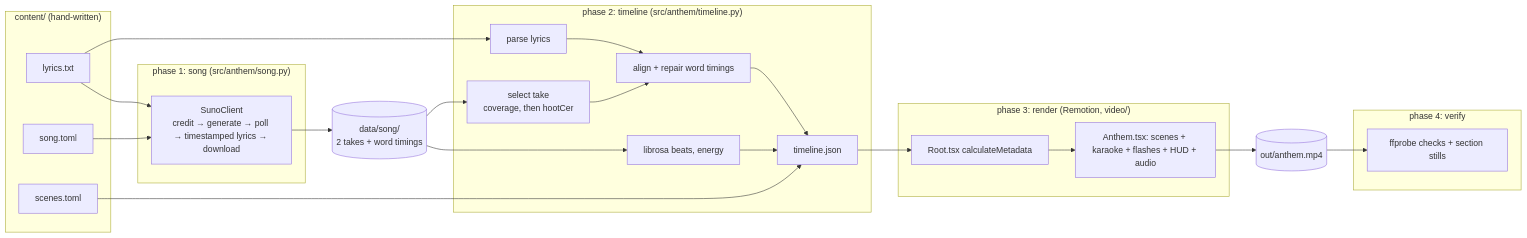
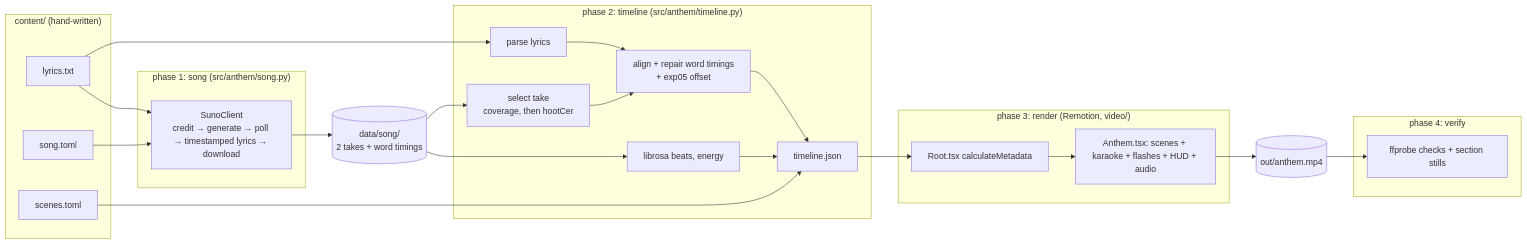
One commit to BurnyCoder/ambitious-science-of-information-processing-anthem changed the diagram in README.md. Above: the diagram before and after it, drawn with Mermaid. The commit also changed other lines of this file and 1 other file, not shown here.

Commit message:
Document the exp05 onset correction (VIDEO_WORD_OFFSET_S) in README and architecture

````diff
--- a/README.md
+++ b/README.md
@@ -69,28 +75,28 @@
 ```mermaid
 flowchart LR
     subgraph content["content/ (hand-written)"]
         L[lyrics.txt] & S[song.toml] & M[scenes.toml]
     end
     subgraph song["phase 1: song (src/anthem/song.py)"]
         C[SunoClient<br/>credit → generate → poll → timestamped lyrics → download]
     end
     subgraph tl["phase 2: timeline (src/anthem/timeline.py)"]
-        P[parse lyrics] --> A[align + repair word timings]
+        P[parse lyrics] --> A[align + repair word timings<br/>+ exp05 offset]
         T[select take<br/>coverage, then hootCer] --> A
         B[librosa beats, energy]
         A & B --> J[timeline.json]
     end
     subgraph rd["phase 3: render (Remotion, video/)"]
         R[Root.tsx calculateMetadata] --> V[Anthem.tsx: scenes + karaoke + flashes + HUD + audio]
     end
     subgraph vf["phase 4: verify"]
         F[ffprobe checks + section stills]
     end
     L & S --> C --> D[(data/song/<br/>2 takes + word timings)]
     D --> T
     D --> B
     L --> P
     M --> J
     J --> R
     V --> O[(out/anthem.mp4)] --> F
 ```
````
